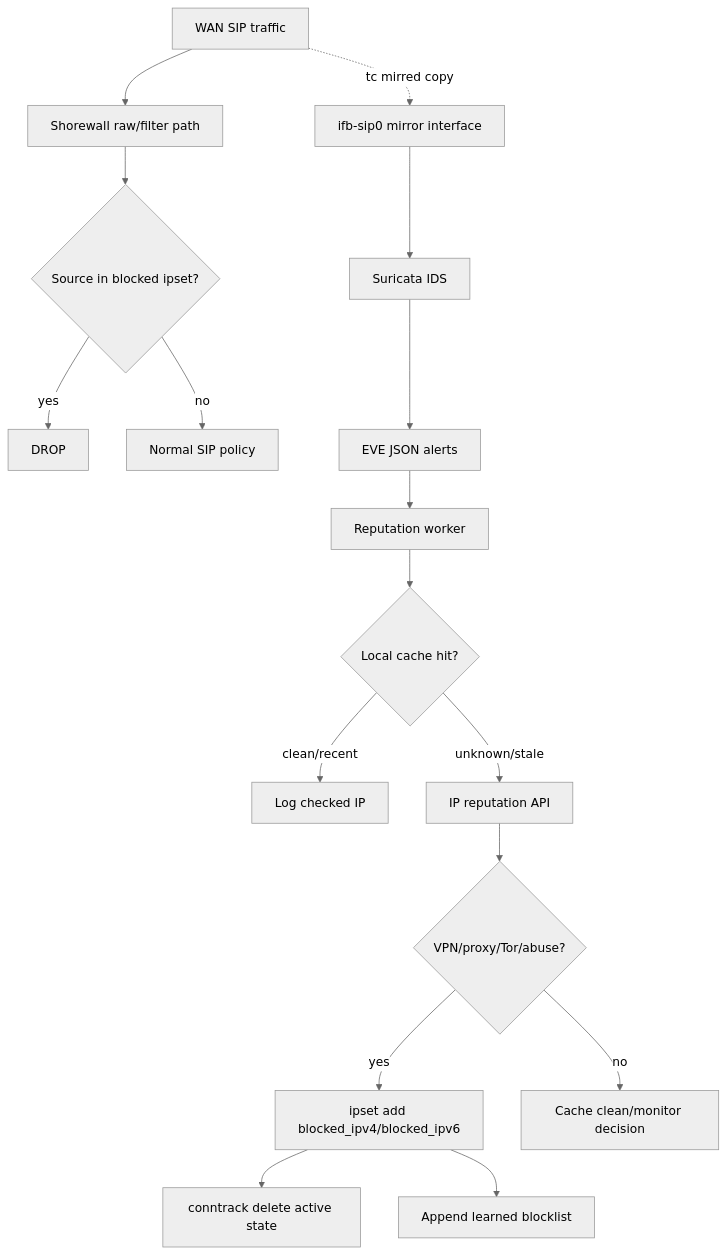
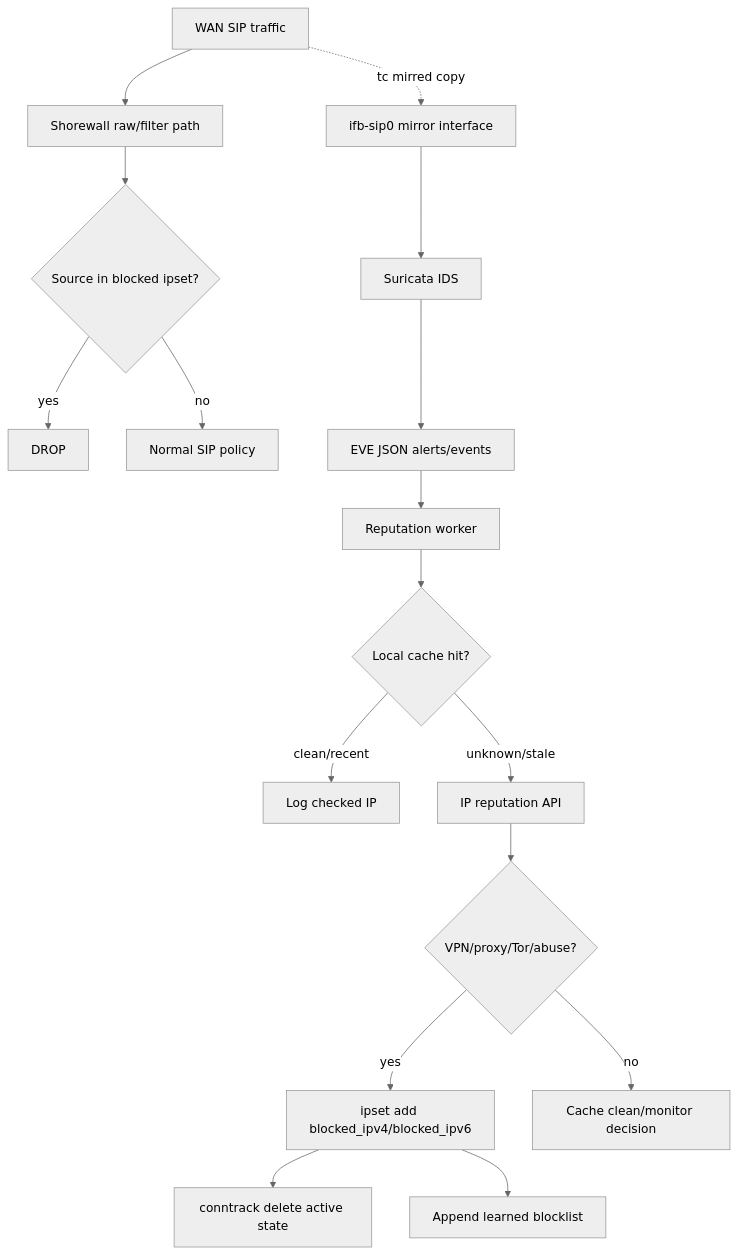
One commit to volga629-1/geoipsets changed the first of 2 diagrams in docs/wiki-sip-reputation-architecture.md. Above: the diagram before and after it, drawn with Mermaid (neutral theme). The commit also changed other lines of this file and 10 other files, not shown here.

````diff
--- a/docs/wiki-sip-reputation-architecture.md
+++ b/docs/wiki-sip-reputation-architecture.md
@@ -20,20 +20,20 @@
 ```mermaid
 flowchart TD
     A["WAN SIP traffic"] --> B["Shorewall raw/filter path"]
     B --> C{"Source in blocked ipset?"}
     C -->|"yes"| D["DROP"]
     C -->|"no"| E["Normal SIP policy"]
 
     A -. "tc mirred copy" .-> F["ifb-sip0 mirror interface"]
     F --> G["Suricata IDS"]
-    G --> H["EVE JSON alerts"]
+    G --> H["EVE JSON alerts/events"]
     H --> I["Reputation worker"]
     I --> J{"Local cache hit?"}
     J -->|"clean/recent"| K["Log checked IP"]
     J -->|"unknown/stale"| L["IP reputation API"]
     L --> M{"VPN/proxy/Tor/abuse?"}
     M -->|"yes"| N["ipset add blocked_ipv4/blocked_ipv6"]
     N --> O["conntrack delete active state"]
     N --> P["Append learned blocklist"]
     M -->|"no"| Q["Cache clean/monitor decision"]
 ```
````
